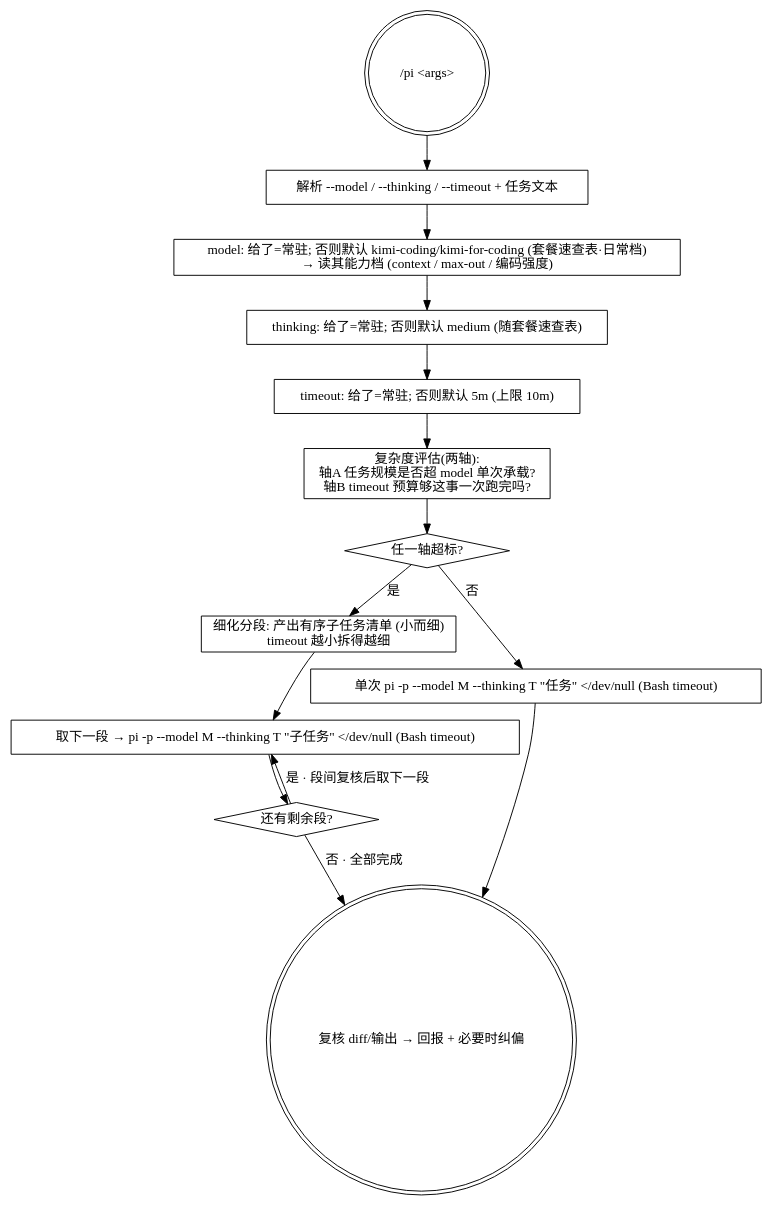
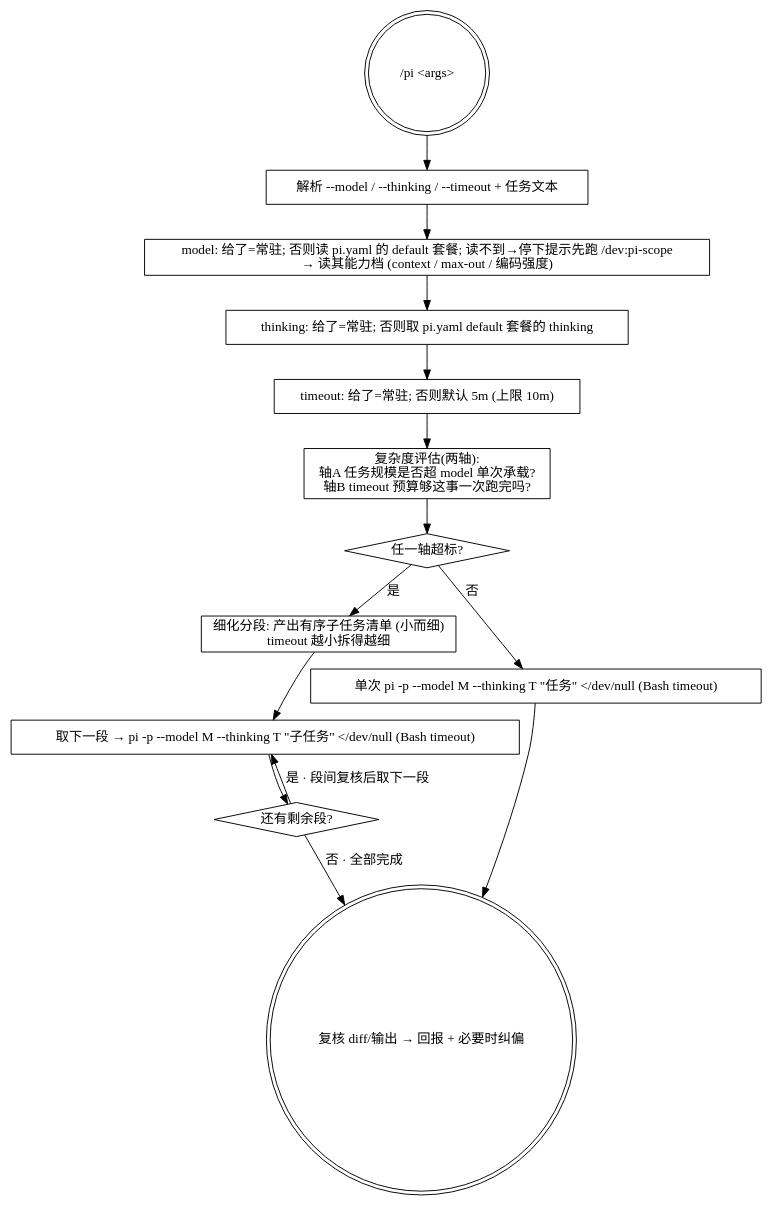
The diagram in extensions/claude-code/dev/commands/pi.md (xnightsky/x-promptkit), drawn with Graphviz before and after one commit. The commit also changed other lines of this file, not shown here.

Commit message:
feat(dev): /dev:pi 改读 pi.yaml 套餐、删写死速查表

````diff
--- a/extensions/claude-code/dev/commands/pi.md
+++ b/extensions/claude-code/dev/commands/pi.md
@@ -35,25 +23,25 @@
 ```dot
 digraph pi_command {
     rankdir=TB;
     start [shape=doublecircle, label="/pi <args>"];
     parse  [shape=box, label="解析 --model / --thinking / --timeout + 任务文本"];
-    rmodel [shape=box, label="model: 给了=常驻; 否则默认 kimi-coding/kimi-for-coding (套餐速查表·日常档)\n→ 读其能力档 (context / max-out / 编码强度)"];
-    rthink [shape=box, label="thinking: 给了=常驻; 否则默认 medium (随套餐速查表)"];
+    rmodel [shape=box, label="model: 给了=常驻; 否则读 pi.yaml 的 default 套餐; 读不到→停下提示先跑 /dev:pi-scope\n→ 读其能力档 (context / max-out / 编码强度)"];
+    rthink [shape=box, label="thinking: 给了=常驻; 否则取 pi.yaml default 套餐的 thinking"];
     rtime  [shape=box, label="timeout: 给了=常驻; 否则默认 5m (上限 10m)"];
     gate   [shape=box, label="复杂度评估(两轴):\n轴A 任务规模是否超 model 单次承载?\n轴B timeout 预算够这事一次跑完吗?"];
     over   [shape=diamond, label="任一轴超标?"];
     split  [shape=box, label="细化分段: 产出有序子任务清单 (小而细)\ntimeout 越小拆得越细"];
     seg    [shape=box, label="取下一段 → pi -p --model M --thinking T \"子任务\" </dev/null (Bash timeout)"];
     more   [shape=diamond, label="还有剩余段?"];
     single [shape=box, label="单次 pi -p --model M --thinking T \"任务\" </dev/null (Bash timeout)"];
     done   [shape=doublecircle, label="复核 diff/输出 → 回报 + 必要时纠偏"];
 
     start -> parse -> rmodel -> rthink -> rtime -> gate -> over;
     over   -> split  [label="是"];
     over   -> single [label="否"];
     split  -> seg -> more;
     more   -> seg    [label="是 · 段间复核后取下一段"];
     more   -> done   [label="否 · 全部完成"];
     single -> done;
 }
 ```
````
